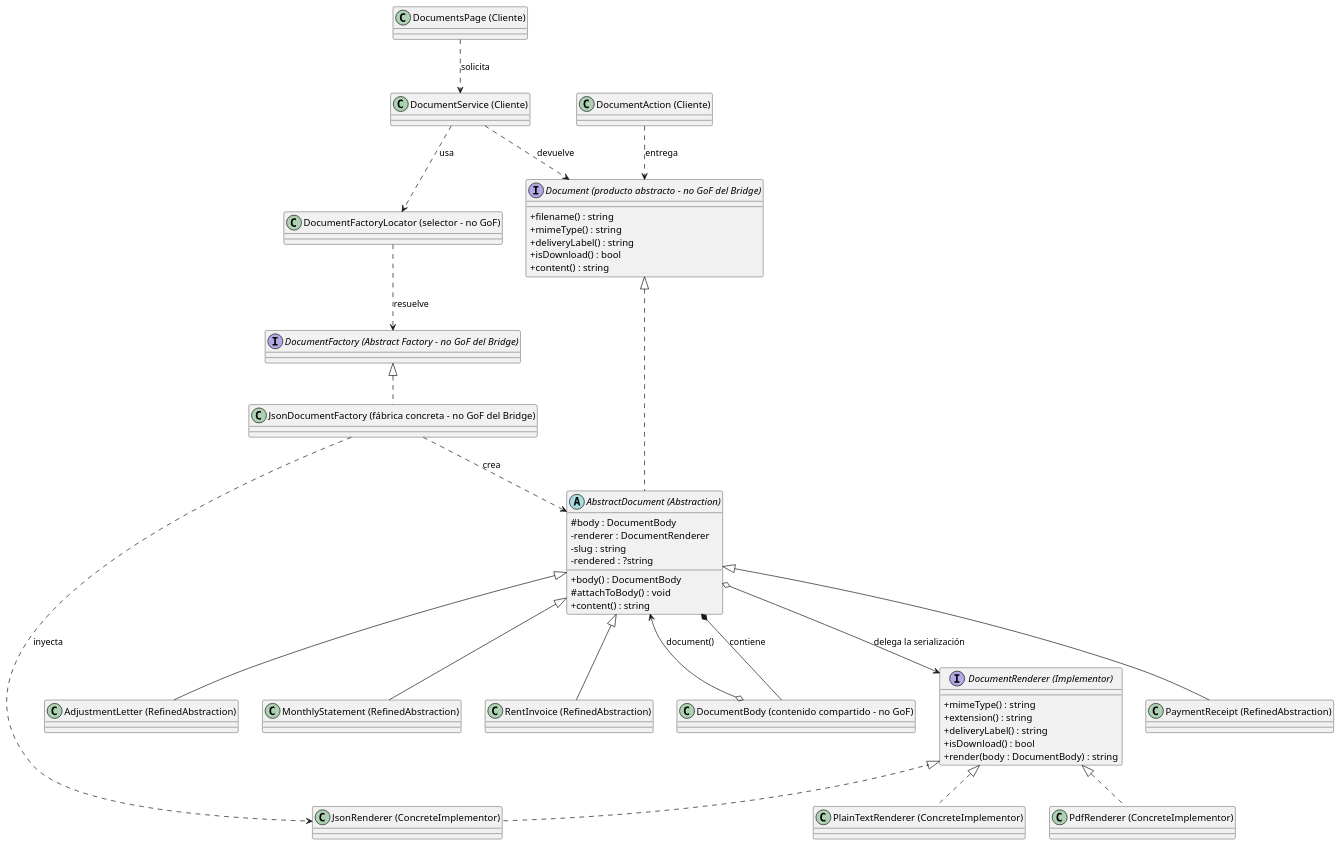
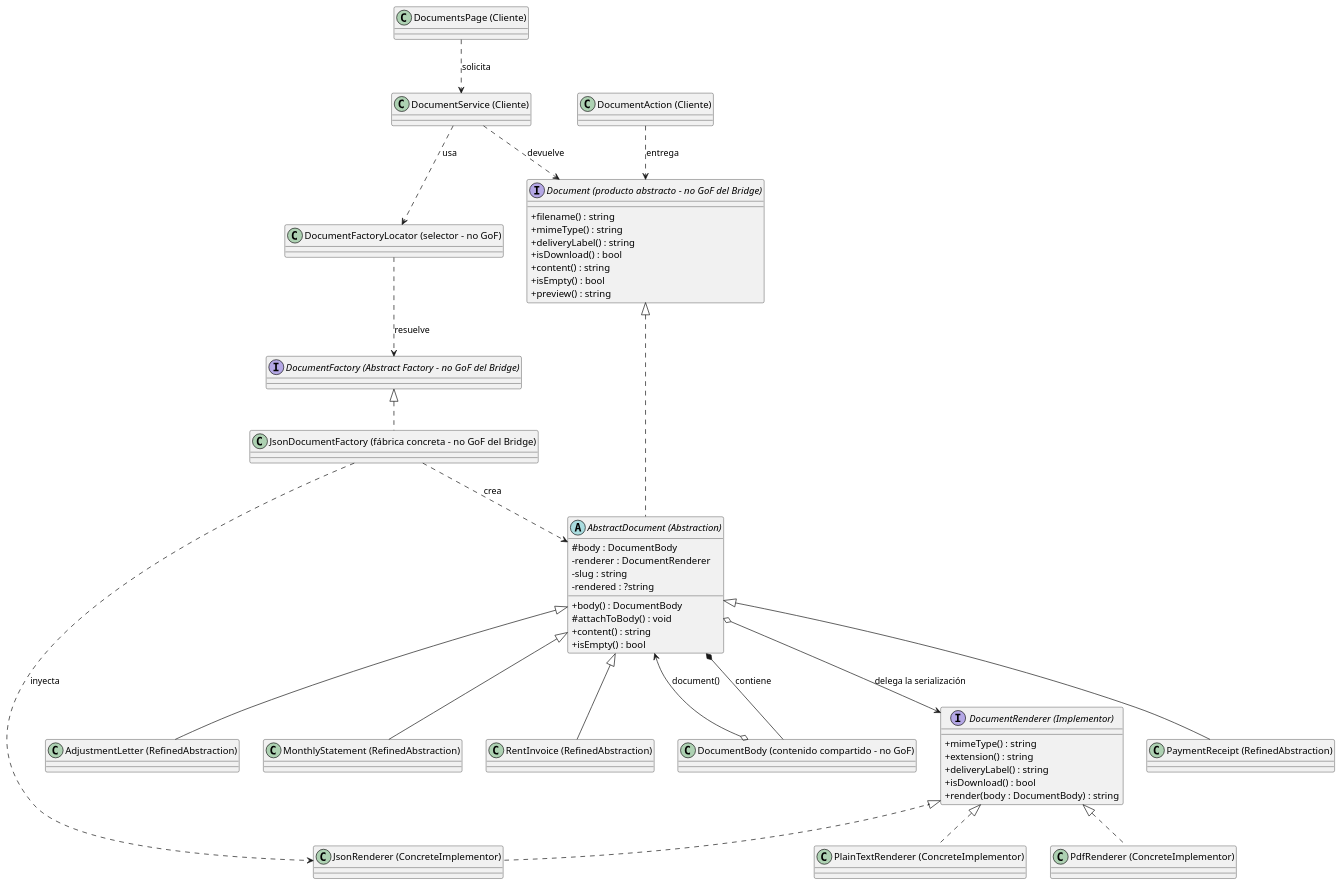
One commit to diegocastro-ac/prometheus changed the diagram in docs/Patrones estructurales/Bridge.md. Above: the diagram before and after it, drawn with PlantUML. The commit also changed other lines of this file and 4 other files, not shown here.

````diff
--- a/docs/Patrones estructurales/Bridge.md
+++ b/docs/Patrones estructurales/Bridge.md
@@ -68,72 +70,75 @@
 ```plantuml
 @startuml
 skinparam classAttributeIconSize 0
 
 interface "Document (producto abstracto - no GoF del Bridge)" as Document {
   +filename() : string
   +mimeType() : string
   +deliveryLabel() : string
   +isDownload() : bool
   +content() : string
+  +isEmpty() : bool
+  +preview() : string
 }
 
 abstract class "AbstractDocument (Abstraction)" as AbstractDocument {
   # body : DocumentBody
   - renderer : DocumentRenderer
   - slug : string
   - rendered : ?string
   +body() : DocumentBody
   # attachToBody() : void
   +content() : string
+  +isEmpty() : bool
 }
 
 class "RentInvoice (RefinedAbstraction)" as RentInvoice
 class "PaymentReceipt (RefinedAbstraction)" as PaymentReceipt
 class "AdjustmentLetter (RefinedAbstraction)" as AdjustmentLetter
 class "MonthlyStatement (RefinedAbstraction)" as MonthlyStatement
 
 interface "DocumentRenderer (Implementor)" as DocumentRenderer {
   +mimeType() : string
   +extension() : string
   +deliveryLabel() : string
   +isDownload() : bool
   +render(body : DocumentBody) : string
 }
 
 class "PlainTextRenderer (ConcreteImplementor)" as PlainTextRenderer
 class "PdfRenderer (ConcreteImplementor)" as PdfRenderer
 class "JsonRenderer (ConcreteImplementor)" as JsonRenderer
 
 class "DocumentBody (contenido compartido - no GoF)" as DocumentBody
 interface "DocumentFactory (Abstract Factory - no GoF del Bridge)" as DocumentFactory
 class "JsonDocumentFactory (fábrica concreta - no GoF del Bridge)" as JsonDocumentFactory
 class "DocumentFactoryLocator (selector - no GoF)" as DocumentFactoryLocator
 class "DocumentService (Cliente)" as DocumentService
 class "DocumentsPage (Cliente)" as DocumentsPage
 class "DocumentAction (Cliente)" as DocumentAction
 
 Document <|.. AbstractDocument
 AbstractDocument <|-- RentInvoice
 AbstractDocument <|-- PaymentReceipt
 AbstractDocument <|-- AdjustmentLetter
 AbstractDocument <|-- MonthlyStatement
 
 AbstractDocument *-- DocumentBody : contiene
 AbstractDocument o--> DocumentRenderer : delega la serialización
 
 DocumentRenderer <|.. PlainTextRenderer
 DocumentRenderer <|.. PdfRenderer
 DocumentRenderer <|.. JsonRenderer
 
 DocumentFactory <|.. JsonDocumentFactory
 JsonDocumentFactory ..> JsonRenderer : inyecta
 JsonDocumentFactory ..> AbstractDocument : crea
 
 DocumentFactoryLocator ..> DocumentFactory : resuelve
 DocumentService ..> DocumentFactoryLocator : usa
 DocumentService ..> Document : devuelve
 DocumentsPage ..> DocumentService : solicita
 DocumentAction ..> Document : entrega
 DocumentBody o--> AbstractDocument : document()
 @enduml
 ```
````
